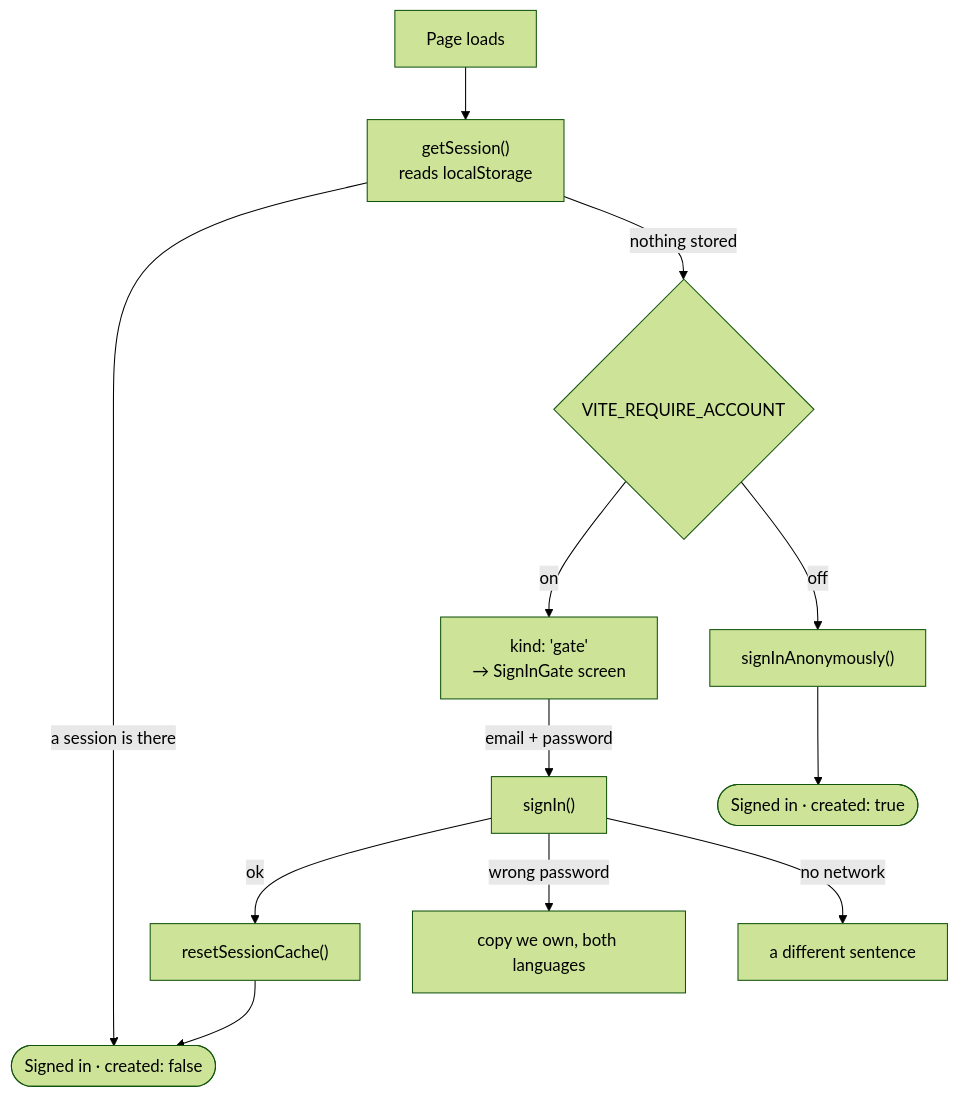
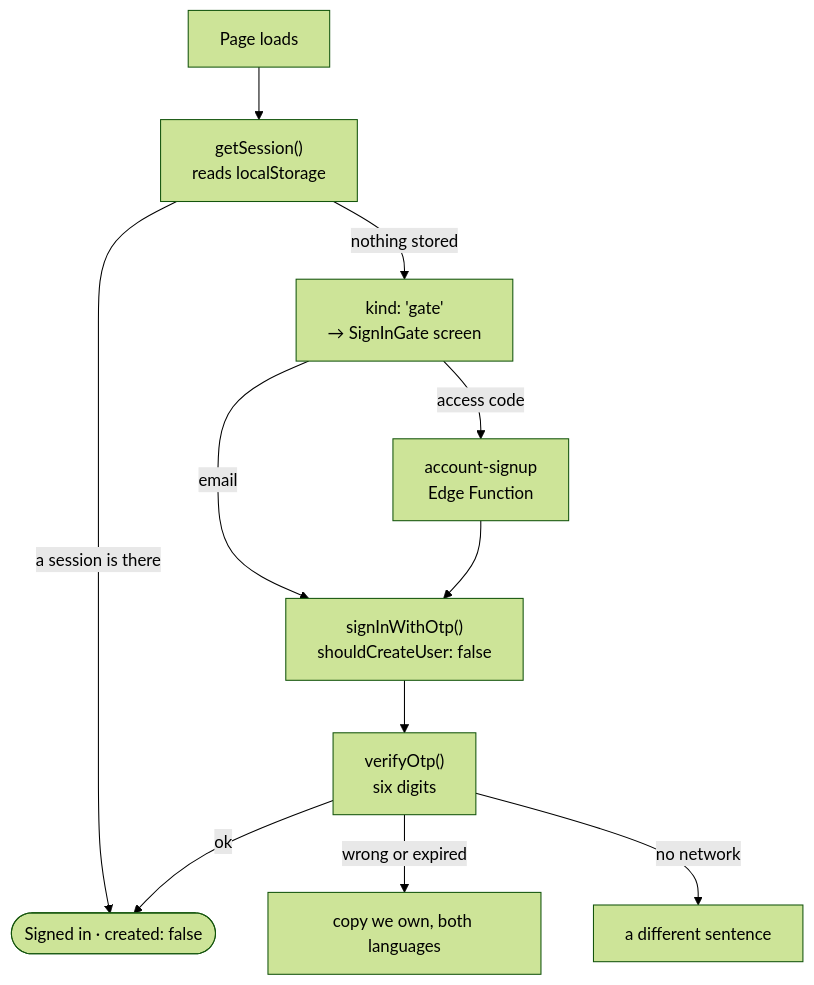
One commit to product-ben/musie changed the diagram in apps/docs/architecture/auth.md. Above: the diagram before and after it, drawn with Mermaid (forest theme). The commit also changed other lines of this file and 33 other files, not shown here.

````diff
--- a/apps/docs/architecture/auth.md
+++ b/apps/docs/architecture/auth.md
@@ -7,14 +7,13 @@
 ```mermaid
 flowchart TD
   B["Page loads"] --> G["getSession()<br/>reads localStorage"]
   G -->|"a session is there"| OK(["Signed in · created: false"])
-  G -->|"nothing stored"| F{"VITE_REQUIRE_ACCOUNT"}
-  F -->|"on"| GATE["kind: 'gate'<br/>→ SignInGate screen"]
-  F -->|"off"| ANON["signInAnonymously()"]
-  ANON --> OK2(["Signed in · created: true"])
-  GATE -->|"email + password"| SI["signIn()"]
-  SI -->|"ok"| RS["resetSessionCache()"]
-  RS --> OK
-  SI -->|"wrong password"| E1["copy we own, both languages"]
-  SI -->|"no network"| E2["a different sentence"]
+  G -->|"nothing stored"| GATE["kind: 'gate'<br/>→ SignInGate screen"]
+  GATE -->|"email"| OTP["signInWithOtp()<br/>shouldCreateUser: false"]
+  GATE -->|"access code"| SU["account-signup<br/>Edge Function"]
+  SU --> OTP
+  OTP --> V["verifyOtp()<br/>six digits"]
+  V -->|"ok"| OK
+  V -->|"wrong or expired"| E1["copy we own, both languages"]
+  V -->|"no network"| E2["a different sentence"]
 ```
````
